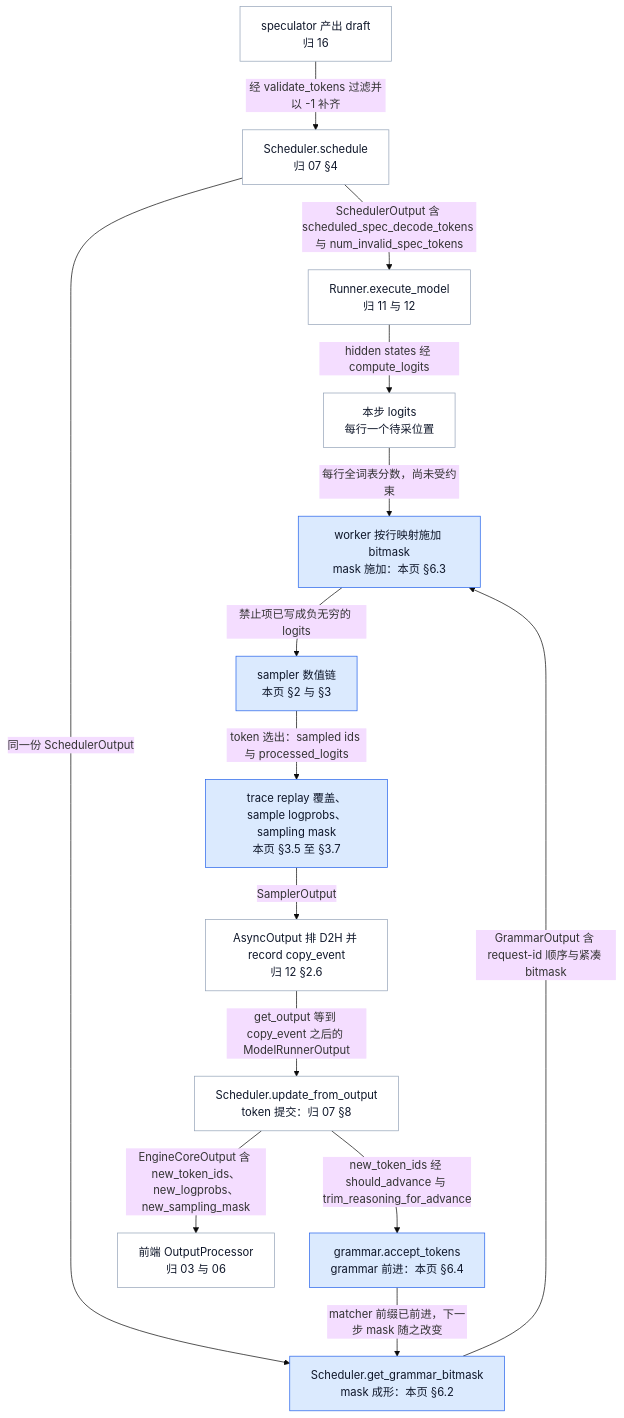
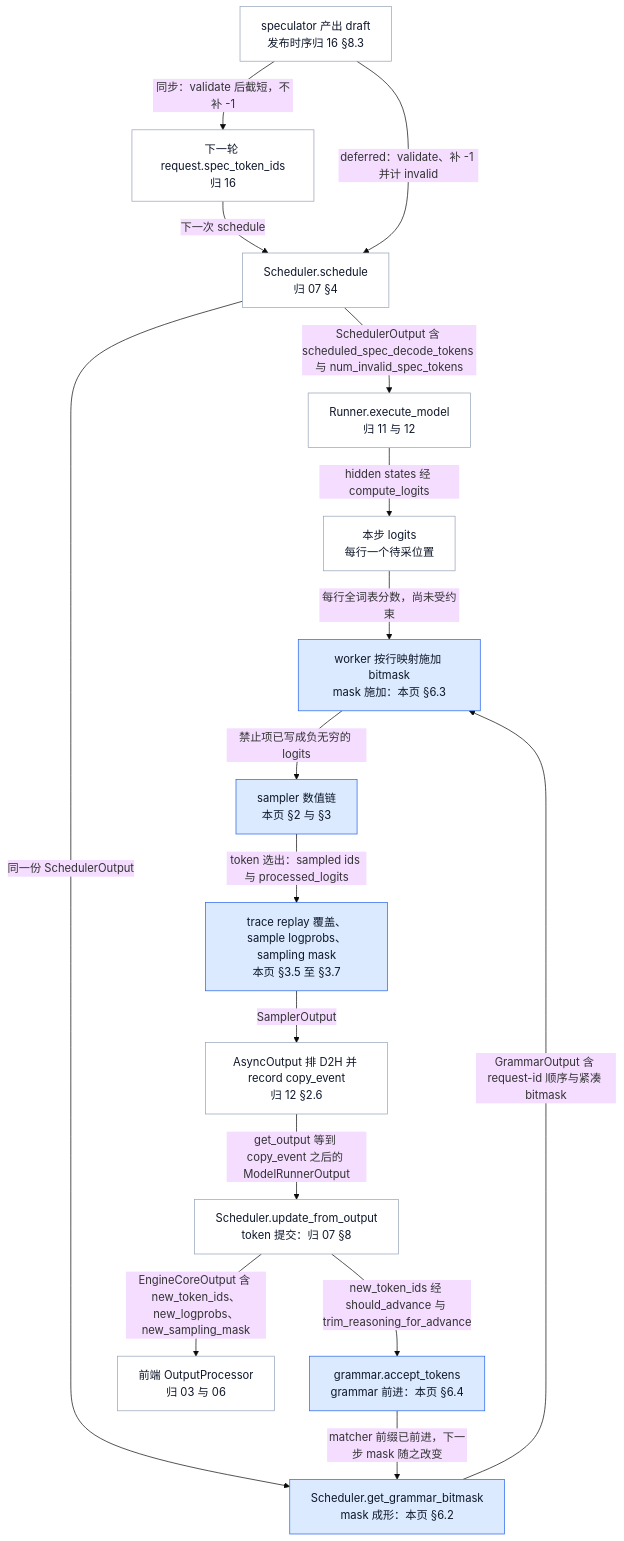
The second of 6 diagrams in wiki/02_engineering/03_infer_frameworks/vllm/14_vllm_sampling_structured_output_analysis.md (suhaibo666/llm-knowledge), drawn with Mermaid (base theme) before and after one commit. The commit also changed other lines of this file and 59 other files, not shown here.

````diff
--- a/wiki/02_engineering/03_infer_frameworks/vllm/14_vllm_sampling_structured_output_analysis.md
+++ b/wiki/02_engineering/03_infer_frameworks/vllm/14_vllm_sampling_structured_output_analysis.md
@@ -62,20 +62,22 @@
 ```mermaid
 flowchart TB
     SO["Scheduler.schedule<br/>归 07 §4"] -->|SchedulerOutput 含 scheduled_spec_decode_tokens 与 num_invalid_spec_tokens| EX["Runner.execute_model<br/>归 11 与 12"]
     SO -->|同一份 SchedulerOutput| GB["Scheduler.get_grammar_bitmask<br/>mask 成形：本页 §6.2"]
     GB -->|GrammarOutput 含 request-id 顺序与紧凑 bitmask| AM["worker 按行映射施加 bitmask<br/>mask 施加：本页 §6.3"]
     EX -->|hidden states 经 compute_logits| LG["本步 logits<br/>每行一个待采位置"]
     LG -->|每行全词表分数，尚未受约束| AM
     AM -->|禁止项已写成负无穷的 logits| SP["sampler 数值链<br/>本页 §2 与 §3"]
     SP -->|token 选出：sampled ids 与 processed_logits| SR["trace replay 覆盖、sample logprobs、sampling mask<br/>本页 §3.5 至 §3.7"]
     SR -->|SamplerOutput| AO["AsyncOutput 排 D2H 并 record copy_event<br/>归 12 §2.6"]
     AO -->|get_output 等到 copy_event 之后的 ModelRunnerOutput| UP["Scheduler.update_from_output<br/>token 提交：归 07 §8"]
     UP -->|new_token_ids 经 should_advance 与 trim_reasoning_for_advance| AC["grammar.accept_tokens<br/>grammar 前进：本页 §6.4"]
     AC -->|matcher 前缀已前进，下一步 mask 随之改变| GB
     UP -->|EngineCoreOutput 含 new_token_ids、new_logprobs、new_sampling_mask| FE["前端 OutputProcessor<br/>归 03 与 06"]
-    DR["speculator 产出 draft<br/>归 16"] -->|经 validate_tokens 过滤并以 -1 补齐| SO
+    DR["speculator 产出 draft<br/>发布时序归 16 §8.3"] -->|同步：validate 后截短，不补 -1| NX["下一轮 request.spec_token_ids<br/>归 16"]
+    NX -->|下一次 schedule| SO
+    DR -->|deferred：validate、补 -1 并计 invalid| SO
     classDef acc fill:#dbeafe,stroke:#2563eb,color:#0f172a
     classDef neutral fill:#ffffff,stroke:#94a3b8,color:#0f172a
     class GB,AM,SP,SR,AC acc
-    class SO,EX,LG,AO,UP,FE,DR neutral
+    class SO,EX,LG,AO,UP,FE,DR,NX neutral
 ```
````
